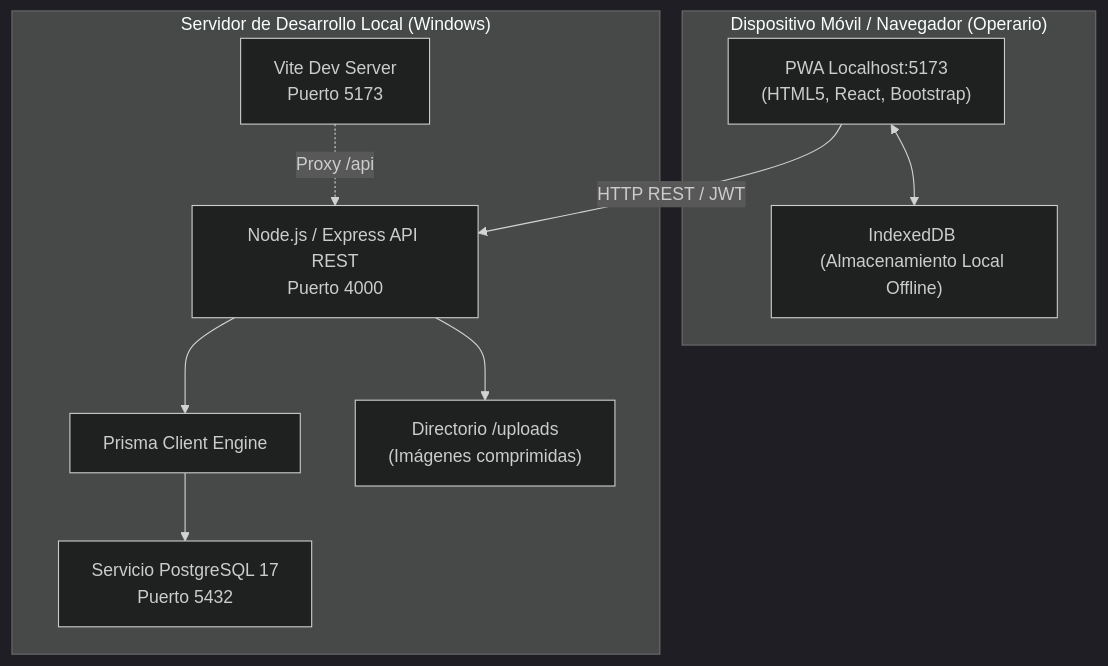
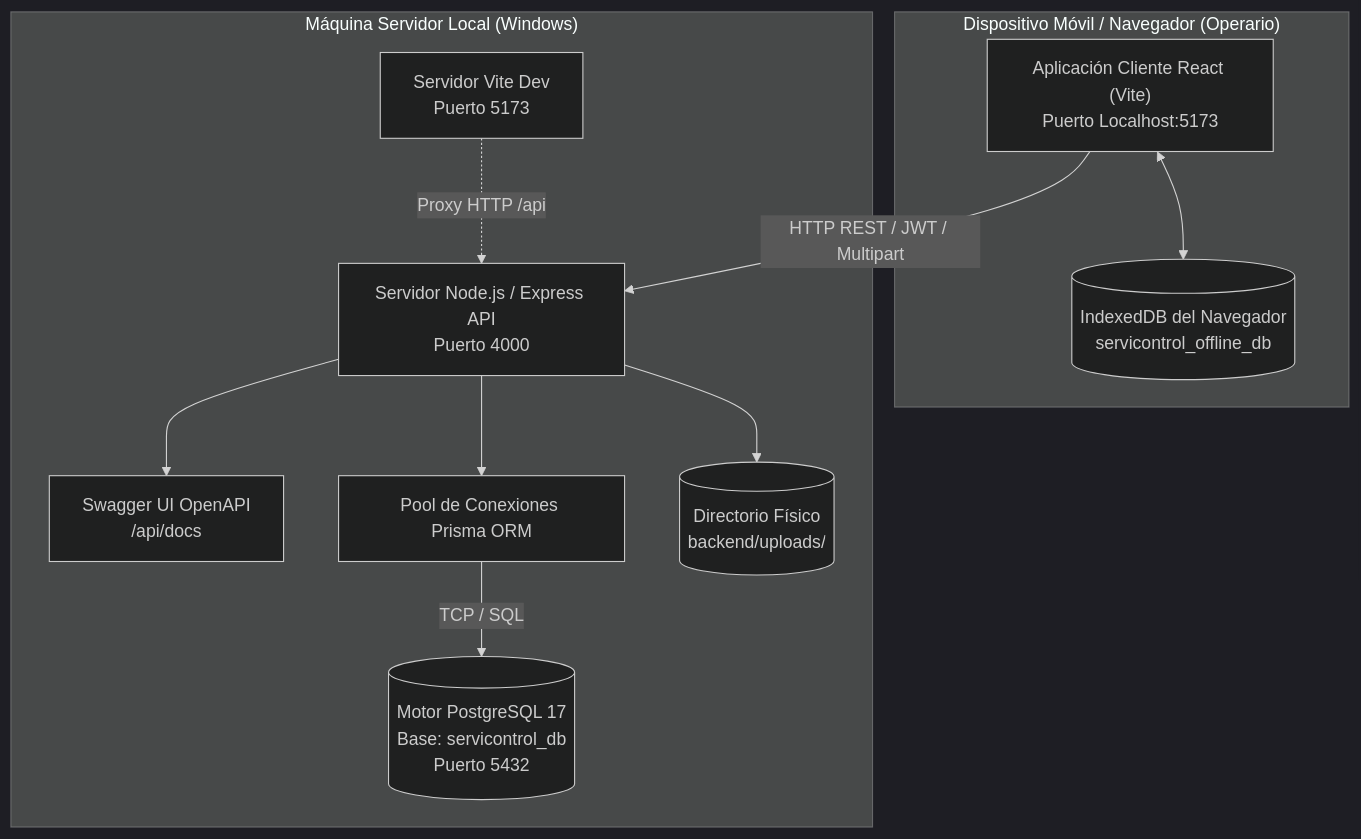
The fourth of 4 diagrams in docs/ARQUITECTURA.md (mabel289/servicontrol), drawn with Mermaid (dark theme) before and after one commit. The commit also changed other lines of this file and 5 other files, not shown here.

Commit message:
feat(etapa-8): documentacion OpenAPI Swagger interactiva, documento formal de arquitectura de 11 puntos y guia completa de sustentacion academica

````diff
--- a/docs/ARQUITECTURA.md
+++ b/docs/ARQUITECTURA.md
@@ -285,23 +316,25 @@
 ```mermaid
 flowchart TB
-    subgraph DispositivoOperario["Dispositivo Móvil / Navegador (Operario)"]
-        BrowserApp["PWA Localhost:5173\n(HTML5, React, Bootstrap)"]
-        LocalDB["IndexedDB (Almacenamiento Local Offline)"]
-        BrowserApp <--> LocalDB
+    subgraph DispositivoMovil["Dispositivo Móvil / Navegador (Operario)"]
+        SPA["Aplicación Cliente React (Vite)\nPuerto Localhost:5173"]
+        IndexedDB_Storage[("IndexedDB del Navegador\nservicontrol_offline_db")]
+        SPA <--> IndexedDB_Storage
     end
 
-    subgraph PC_Servidor["Servidor de Desarrollo Local (Windows)"]
-        ViteDev["Vite Dev Server\nPuerto 5173"]
-        NodeAPI["Node.js / Express API REST\nPuerto 4000"]
-        PrismaORM["Prisma Client Engine"]
-        PostgresSrv["Servicio PostgreSQL 17\nPuerto 5432"]
-        DiskUploads["Directorio /uploads\n(Imágenes comprimidas)"]
+    subgraph ServidorDesarrollo["Máquina Servidor Local (Windows)"]
+        ViteServer["Servidor Vite Dev\nPuerto 5173"]
+        NodeServer["Servidor Node.js / Express API\nPuerto 4000"]
+        SwaggerEndpoint["Swagger UI OpenAPI\n/api/docs"]
+        PrismaPool["Pool de Conexiones Prisma ORM"]
+        PostgresDB[("Motor PostgreSQL 17\nBase: servicontrol_db\nPuerto 5432")]
+        UploadsStorage[("Directorio Físico\nbackend/uploads/")]
 
-        ViteDev -.->|Proxy /api| NodeAPI
-        NodeAPI --> PrismaORM
-        PrismaORM --> PostgresSrv
-        NodeAPI --> DiskUploads
+        ViteServer -.->|Proxy HTTP /api| NodeServer
+        NodeServer --> SwaggerEndpoint
+        NodeServer --> PrismaPool
+        NodeServer --> UploadsStorage
+        PrismaPool -->|TCP / SQL| PostgresDB
     end
 
-    BrowserApp -->|HTTP REST / JWT| NodeAPI
+    SPA -->|HTTP REST / JWT / Multipart| NodeServer
 ```
````
